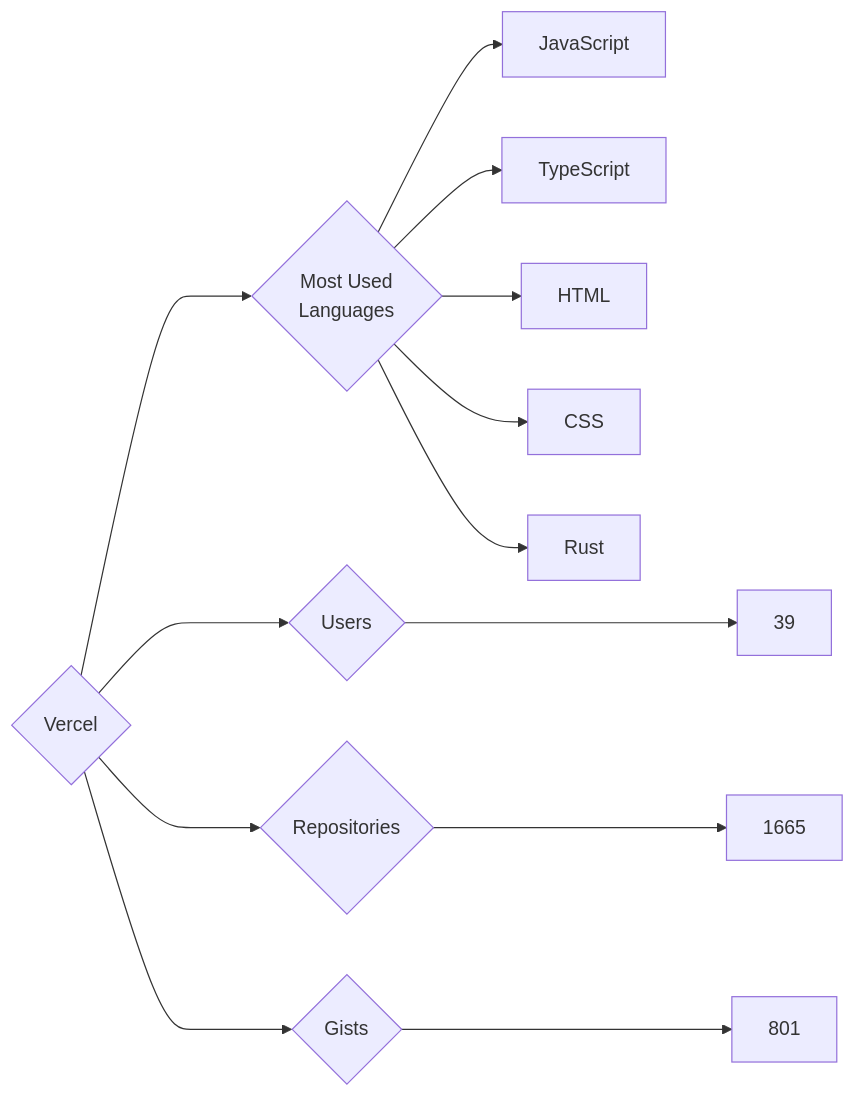
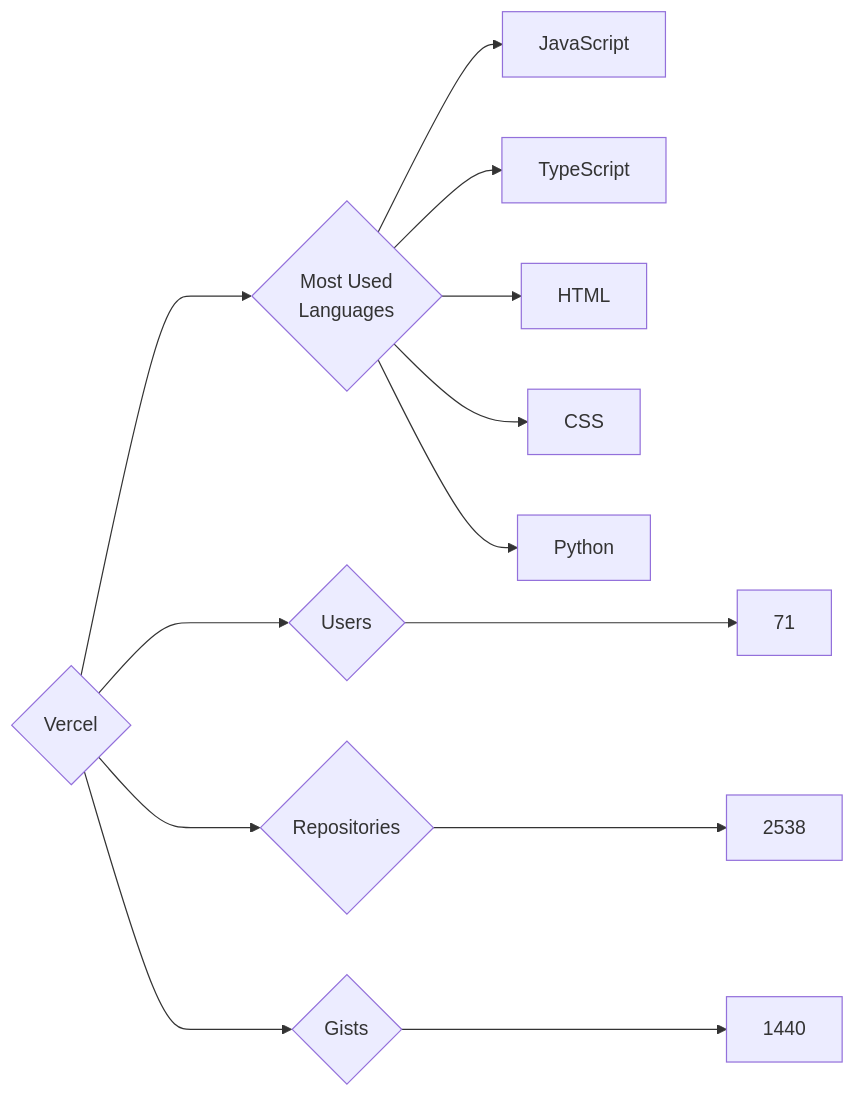
One commit to trickest/insiders changed the diagram in targets/Vercel/README.md. Above: the diagram before and after it, drawn with Mermaid. The commit also changed 953 other files, not shown here.

````diff
--- a/targets/Vercel/README.md
+++ b/targets/Vercel/README.md
@@ -3,13 +3,13 @@
 ```mermaid
 graph LR
 COMPANY_NAME{Vercel}
-COMPANY_NAME ---> U{Users} ---> UN[39]
-COMPANY_NAME ---> R{Repositories} ---> RN[1665]
-COMPANY_NAME ---> G{Gists} ---> GN[801]
+COMPANY_NAME ---> U{Users} ---> UN[71]
+COMPANY_NAME ---> R{Repositories} ---> RN[2538]
+COMPANY_NAME ---> G{Gists} ---> GN[1440]
 COMPANY_NAME ---> ML{Most Used<br>Languages}
 ML --> JavaScript[JavaScript]
 ML --> TypeScript[TypeScript]
 ML --> HTML[HTML]
 ML --> CSS[CSS]
-ML --> Rust[Rust]
+ML --> Python[Python]
 ```
````
